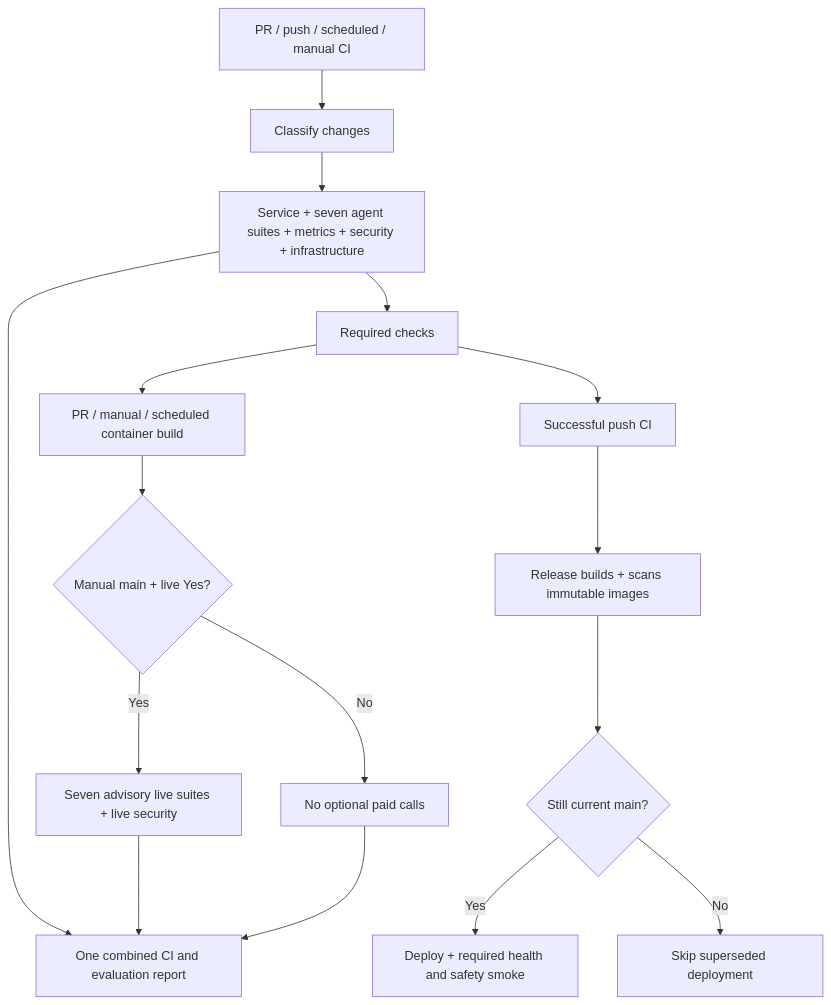
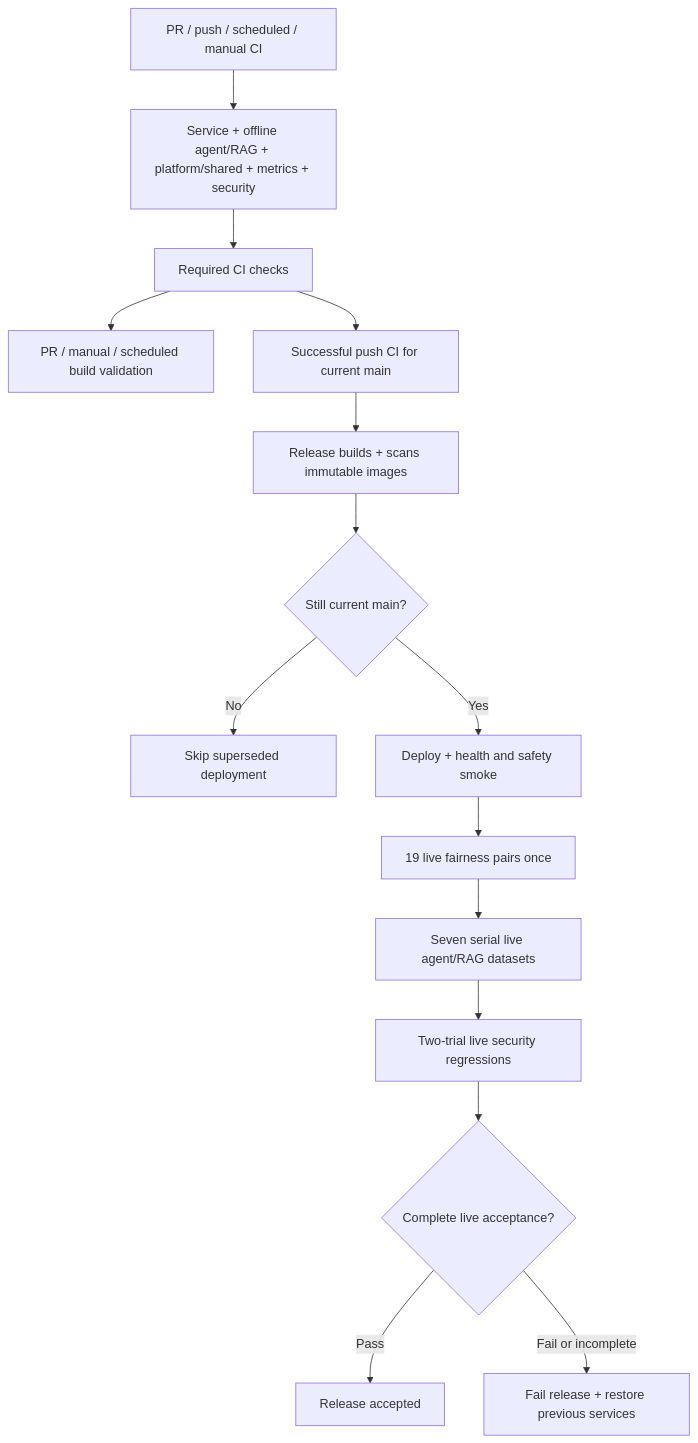
One commit to Seanleng99/nus-iss-ais-team9 changed the diagram in docs/agent-test-workflows.md. Above: the diagram before and after it, drawn with Mermaid. The commit also changed other lines of this file and 42 other files, not shown here.

Commit message:
Organize evaluation suites and require live release acceptance

````diff
--- a/docs/agent-test-workflows.md
+++ b/docs/agent-test-workflows.md
@@ -80,18 +71,17 @@
 ```mermaid
 flowchart TD
-    Start[PR / push / scheduled / manual CI] --> Changes[Classify changes]
-    Changes --> Tests[Service + seven agent suites + metrics + security + infrastructure]
-    Tests --> Gate[Required checks]
-    Gate --> PRBuild[PR / manual / scheduled container build]
-    Gate --> PushCI[Successful push CI]
-    PushCI --> Release[Release builds + scans immutable images]
-    Release --> Fresh{Still current main?}
-    Fresh -->|Yes| Deploy[Deploy + required health and safety smoke]
+    Start[PR / push / scheduled / manual CI] --> Tests[Service + offline agent/RAG + platform/shared + metrics + security]
+    Tests --> Gate[Required CI checks]
+    Gate --> PRBuild[PR / manual / scheduled build validation]
+    Gate --> Push[Successful push CI for current main]
+    Push --> Build[Release builds + scans immutable images]
+    Build --> Fresh{Still current main?}
     Fresh -->|No| Skip[Skip superseded deployment]
-    PRBuild --> Choice{Manual main + live Yes?}
-    Choice -->|Yes| Live[Seven advisory live suites + live security]
-    Choice -->|No| NoLive[No optional paid calls]
-    Tests --> Report[One combined CI and evaluation report]
-    Live --> Report
-    NoLive --> Report
+    Fresh -->|Yes| Deploy[Deploy + health and safety smoke]
+    Deploy --> Fairness[19 live fairness pairs once]
+    Fairness --> Agents[Seven serial live agent/RAG datasets]
+    Agents --> Security[Two-trial live security regressions]
+    Security --> Acceptance{Complete live acceptance?}
+    Acceptance -->|Pass| Success[Release accepted]
+    Acceptance -->|Fail or incomplete| Rollback[Fail release + restore previous services]
 ```
````
